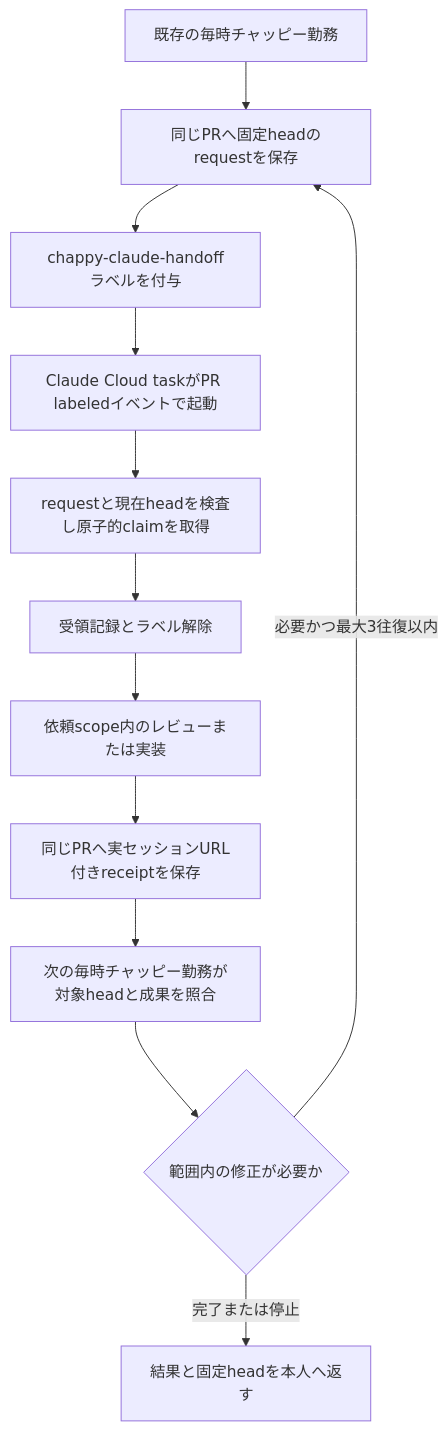
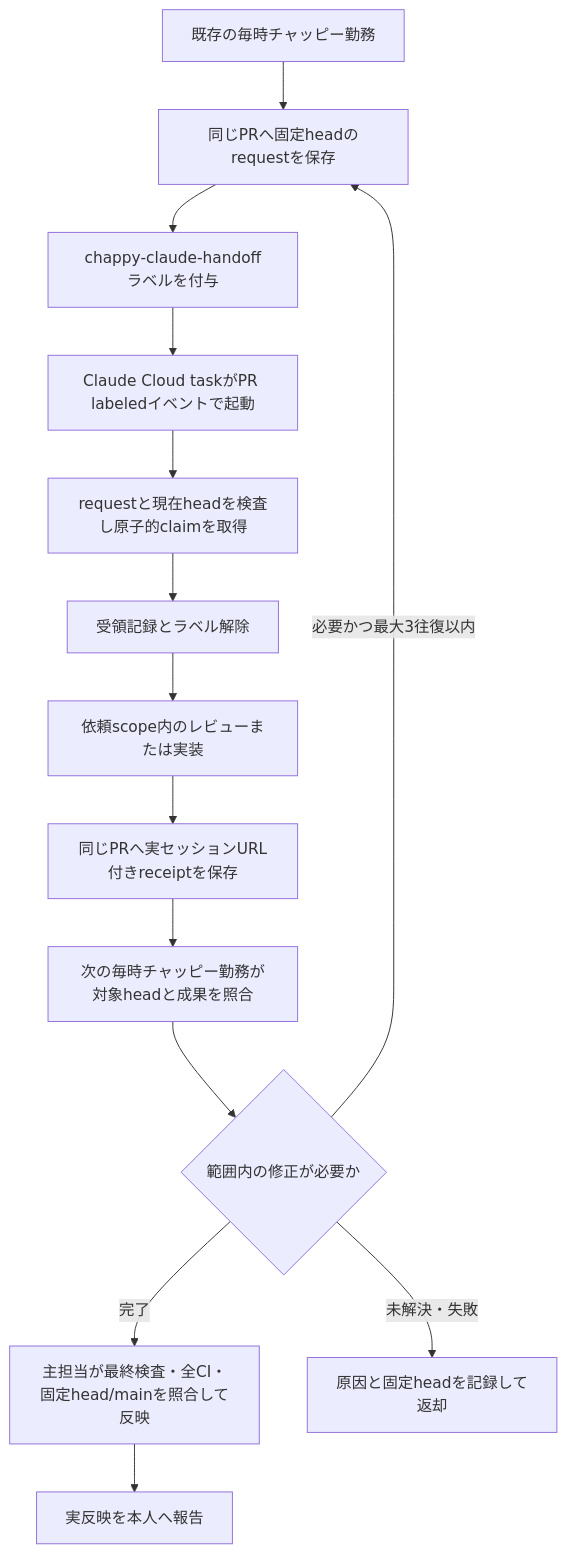
The diagram in docs/ai-staff-claude-cloud-task.md (takechanman12250711-oss/chappy-boatrace-ai), drawn with Mermaid before and after one commit. The commit also changed other lines of this file and 16 other files, not shown here.

````diff
--- a/docs/ai-staff-claude-cloud-task.md
+++ b/docs/ai-staff-claude-cloud-task.md
@@ -7,14 +9,16 @@
 ```mermaid
 flowchart TD
     A[既存の毎時チャッピー勤務] --> B[同じPRへ固定headのrequestを保存]
     B --> C[chappy-claude-handoffラベルを付与]
     C --> D[Claude Cloud taskがPR labeledイベントで起動]
     D --> E[requestと現在headを検査し原子的claimを取得]
     E --> F[受領記録とラベル解除]
     F --> G[依頼scope内のレビューまたは実装]
     G --> H[同じPRへ実セッションURL付きreceiptを保存]
     H --> I[次の毎時チャッピー勤務が対象headと成果を照合]
     I --> J{範囲内の修正が必要か}
     J -->|必要かつ最大3往復以内| B
-    J -->|完了または停止| K[結果と固定headを本人へ返す]
+    J -->|完了| K[主担当が最終検査・全CI・固定head/mainを照合して反映]
+    K --> L[実反映を本人へ報告]
+    J -->|未解決・失敗| M[原因と固定headを記録して返却]
 ```
````
